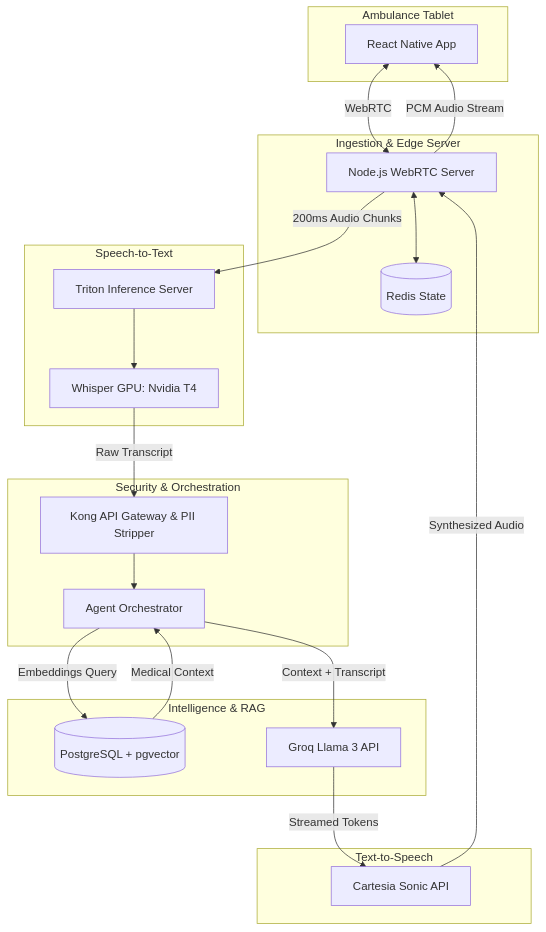
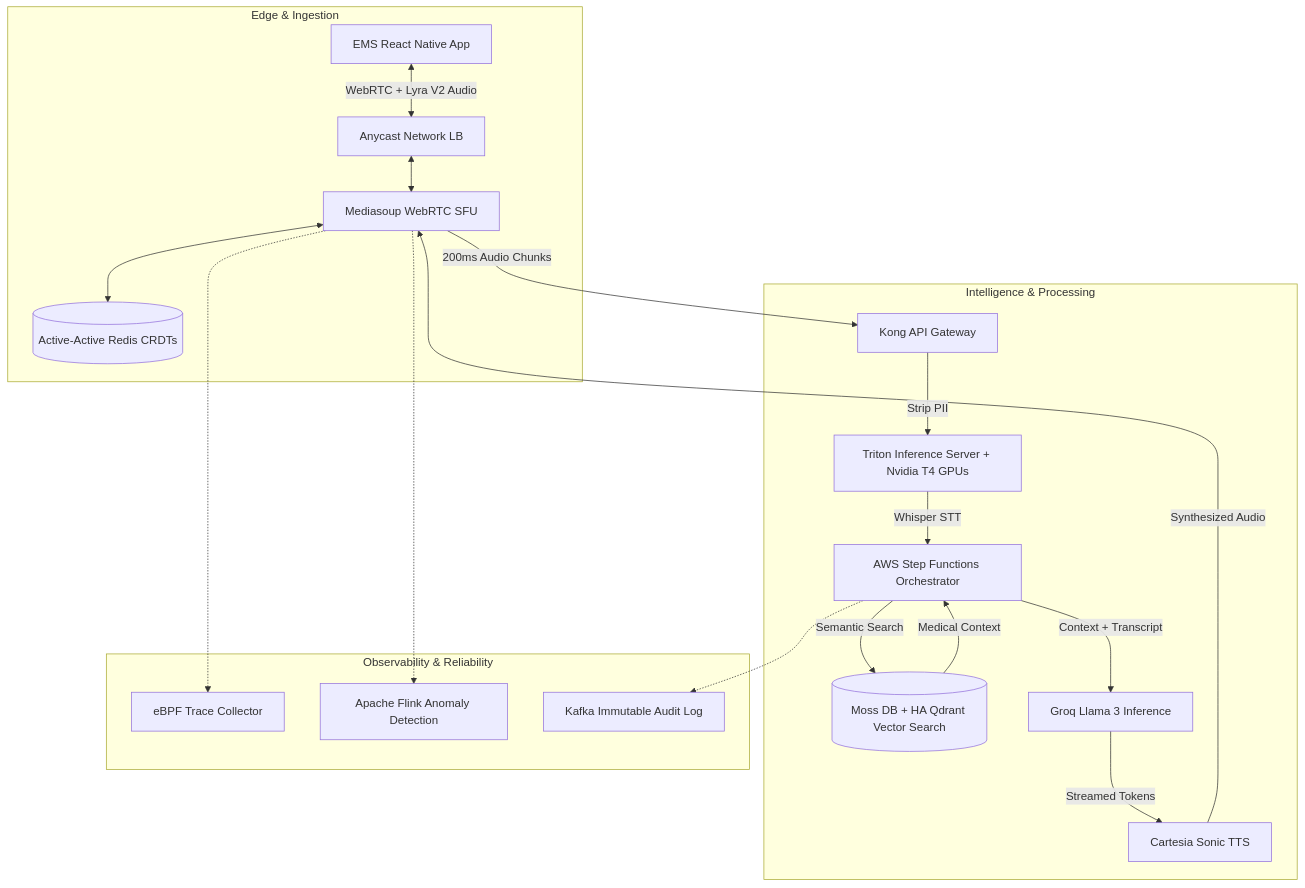
One commit to Naveen230497/Pulse-Medical-AI changed the diagram in README.md. Above: the diagram before and after it, drawn with Mermaid. The commit also changed other lines of this file, not shown here.

Commit message:
Update README with official Moss Copilot architecture

````diff
--- a/README.md
+++ b/README.md
@@ -33,45 +31,42 @@
 ```mermaid
 graph TD
-    subgraph Edge [Ambulance Tablet]
-        APP[React Native App]
+    subgraph Edge & Ingestion
+        APP[EMS React Native App]
+        ANYCAST[Anycast Network LB]
+        SFU[Mediasoup WebRTC SFU]
+        REDIS[(Active-Active Redis CRDTs)]
     end
 
-    subgraph Ingestion & Edge Server
-        WS[Node.js WebRTC Server]
-        REDIS[(Redis State)]
+    subgraph Intelligence & Processing
+        KONG[Kong API Gateway]
+        ORCH[AWS Step Functions Orchestrator]
+        TRITON[Triton Inference Server + Nvidia T4 GPUs]
+        MOSS[(Moss DB + HA Qdrant Vector Search)]
+        GROQ[Groq Llama 3 Inference]
+        CARTESIA[Cartesia Sonic TTS]
     end
 
-    subgraph Speech-to-Text
-        TRITON[Triton Inference Server]
-        WHISPER[Whisper GPU: Nvidia T4]
+    subgraph Observability & Reliability
+        EBPF[eBPF Trace Collector]
+        FLINK[Apache Flink Anomaly Detection]
+        KAFKA[Kafka Immutable Audit Log]
     end
 
-    subgraph Security & Orchestration
-        KONG[Kong API Gateway & PII Stripper]
-        ORCH[Agent Orchestrator]
-    end
-
-    subgraph Intelligence & RAG
-        DB[(PostgreSQL + pgvector)]
-        GROQ[Groq Llama 3 API]
-    end
-
-    subgraph Text-to-Speech
-        CARTESIA[Cartesia Sonic API]
-    end
-
-    APP <-->|WebRTC| WS
-    WS <--> REDIS
-    WS -->|200ms Audio Chunks| TRITON
-    TRITON --> WHISPER
-    WHISPER -->|Raw Transcript| KONG
-    KONG --> ORCH
+    APP <-->|WebRTC + Lyra V2 Audio| ANYCAST
+    ANYCAST <--> SFU
+    SFU <--> REDIS
+    SFU -->|200ms Audio Chunks| KONG
+    KONG -->|Strip PII| TRITON
+    TRITON -->|Whisper STT| ORCH
     
-    ORCH -->|Embeddings Query| DB
-    DB -->|Medical Context| ORCH
+    ORCH -->|Semantic Search| MOSS
+    MOSS -->|Medical Context| ORCH
     ORCH -->|Context + Transcript| GROQ
     
     GROQ -->|Streamed Tokens| CARTESIA
-    CARTESIA -->|Synthesized Audio| WS
-    WS -->|PCM Audio Stream| APP
+    CARTESIA -->|Synthesized Audio| SFU
+    
+    SFU -.-> EBPF
+    SFU -.-> FLINK
+    ORCH -.-> KAFKA
 ```
````
